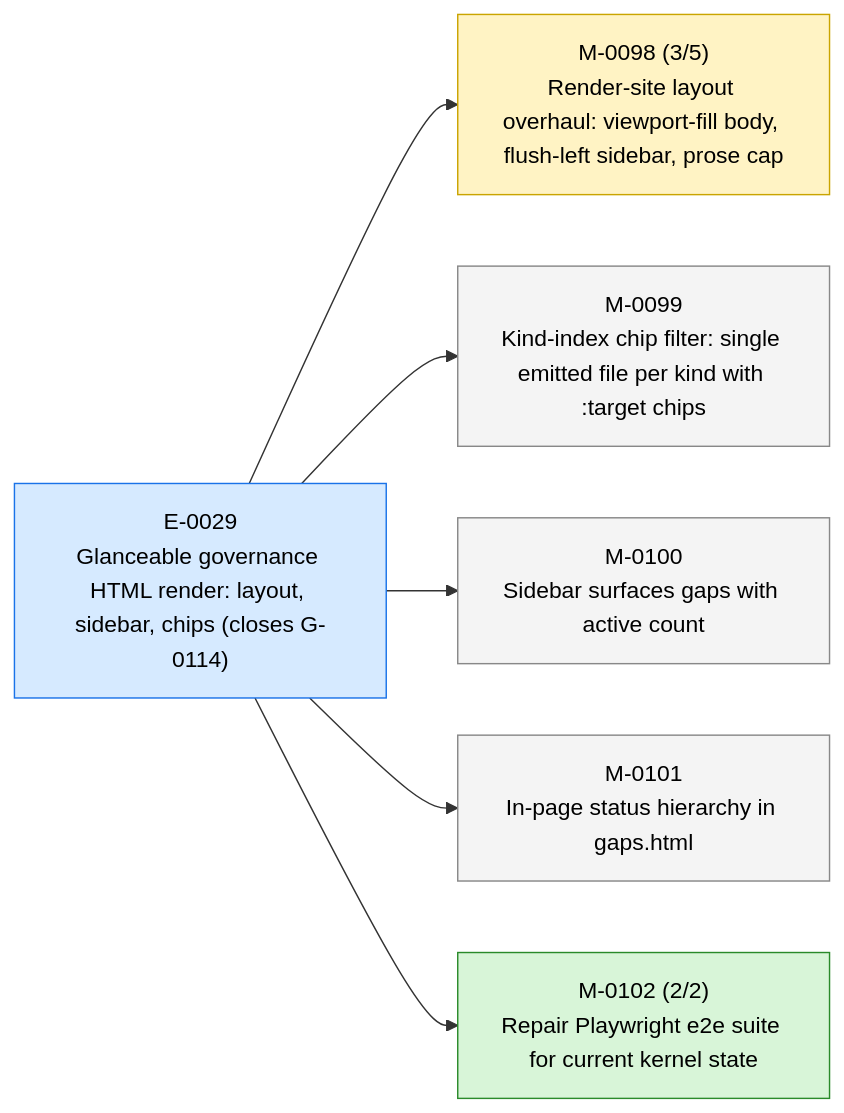
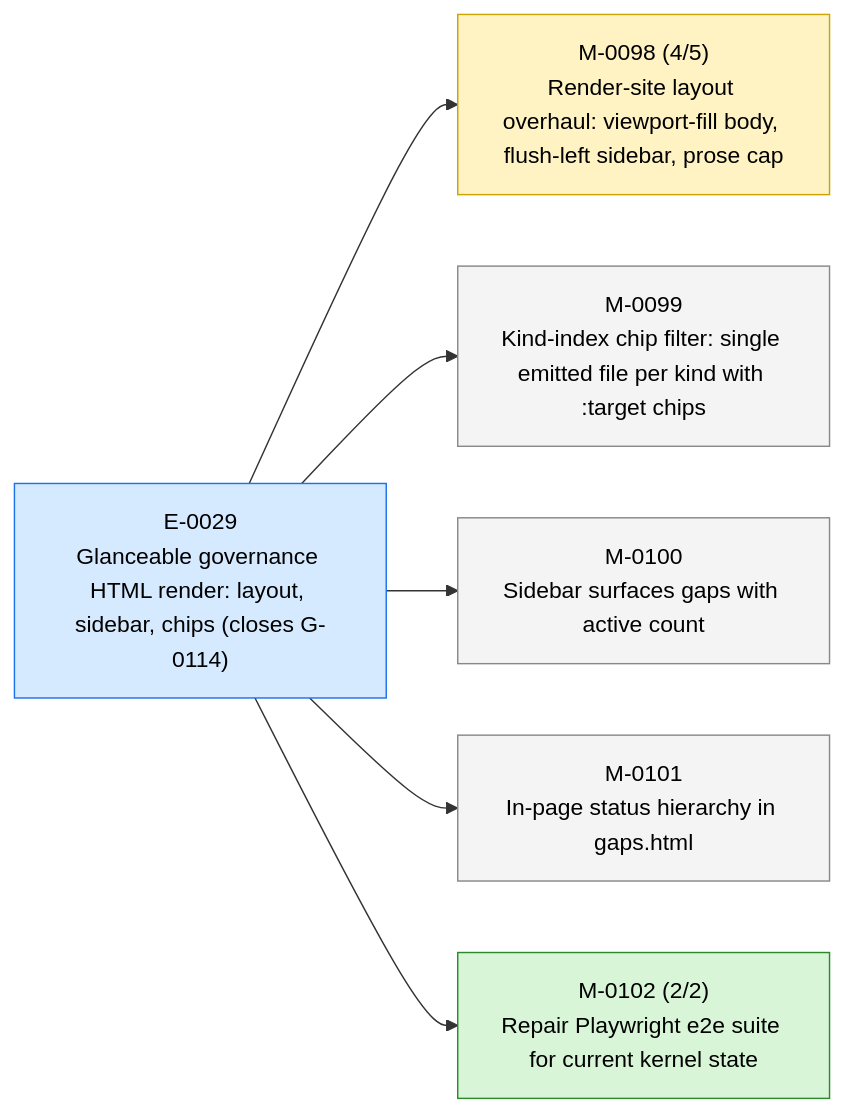
One commit to 23min/aiwf changed the first of 3 diagrams in STATUS.md. Above: the diagram before and after it, drawn with Mermaid. The commit also changed other lines of this file and 1 other file, not shown here.

````diff
--- a/STATUS.md
+++ b/STATUS.md
@@ -17,20 +17,20 @@
 ```mermaid
 flowchart LR
   E_0029["E-0029<br/>Glanceable governance HTML render: layout, sidebar, chips (closes G-0114)"]:::epic_active
-  M_0098["M-0098 (3/5)<br/>Render-site layout overhaul: viewport-fill body, flush-left sidebar, prose cap"]:::ms_in_progress
+  M_0098["M-0098 (4/5)<br/>Render-site layout overhaul: viewport-fill body, flush-left sidebar, prose cap"]:::ms_in_progress
   E_0029 --> M_0098
   M_0099["M-0099<br/>Kind-index chip filter: single emitted file per kind with :target chips"]:::ms_draft
   E_0029 --> M_0099
   M_0100["M-0100<br/>Sidebar surfaces gaps with active count"]:::ms_draft
   E_0029 --> M_0100
   M_0101["M-0101<br/>In-page status hierarchy in gaps.html"]:::ms_draft
   E_0029 --> M_0101
   M_0102["M-0102 (2/2)<br/>Repair Playwright e2e suite for current kernel state"]:::ms_done
   E_0029 --> M_0102
   classDef epic_active fill:#d6eaff,stroke:#1a73e8,color:#000
   classDef epic_proposed fill:#f4f4f4,stroke:#888,color:#000
   classDef ms_done fill:#d8f5d8,stroke:#2a8a2a,color:#000
   classDef ms_in_progress fill:#fff3c4,stroke:#caa400,color:#000
   classDef ms_draft fill:#f4f4f4,stroke:#888,color:#000
   classDef ms_cancelled fill:#fbeaea,stroke:#c33,color:#000
 ```
````
